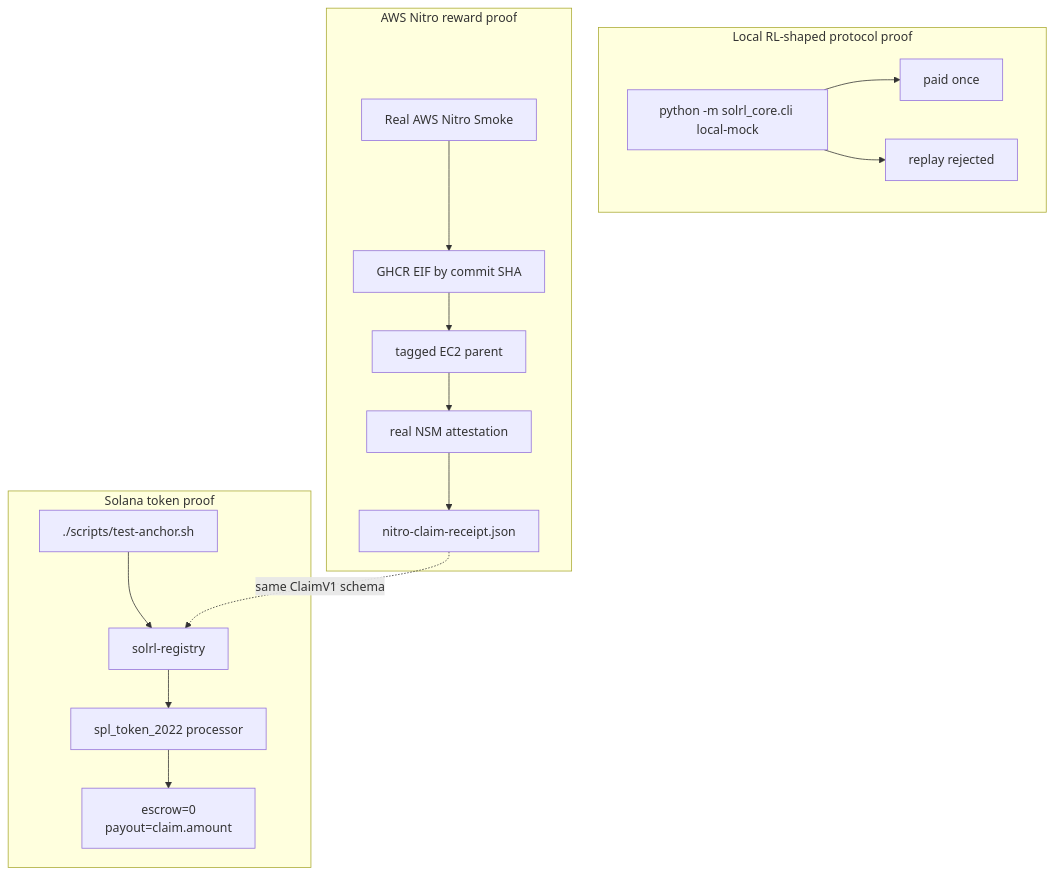
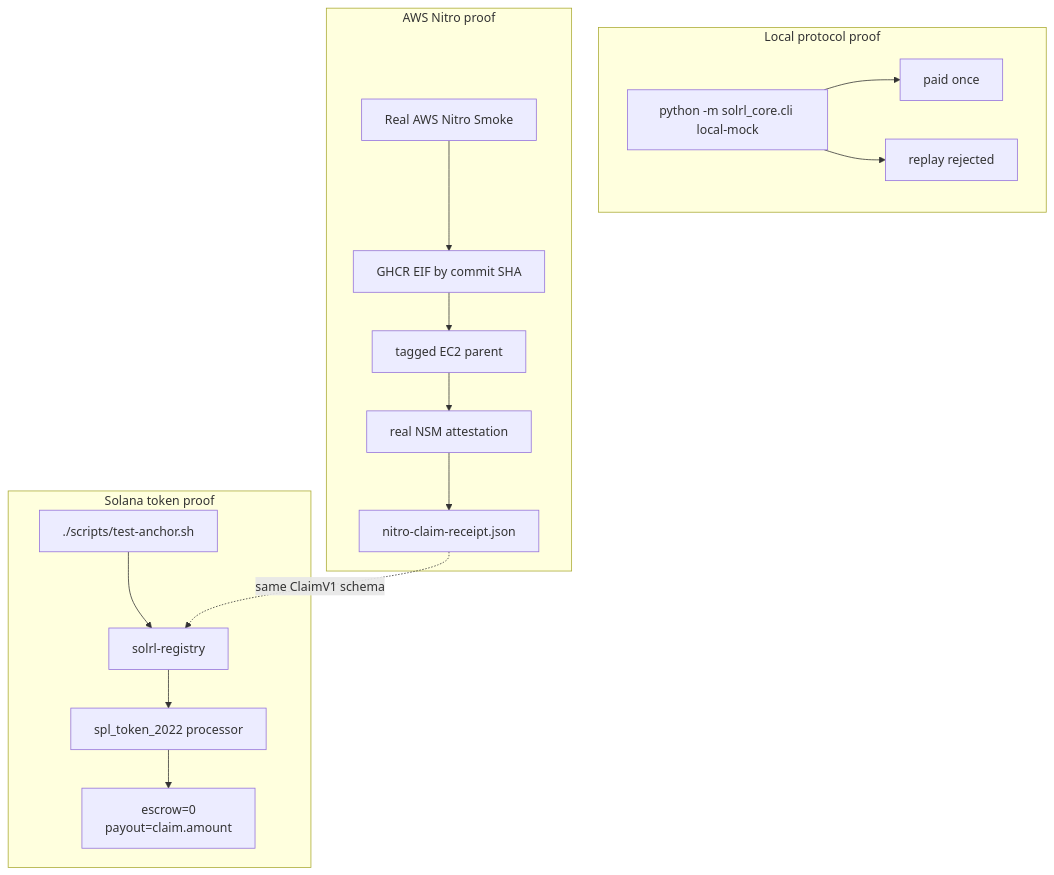
One commit to arakoodev/SolRL changed the tenth of 13 diagrams in why.md. Above: the diagram before and after it, drawn with Mermaid. The commit also changed other lines of this file, not shown here.

````diff
--- a/why.md
+++ b/why.md
@@ -269,34 +299,34 @@
 ```mermaid
 flowchart TB
-    subgraph local["Local RL-shaped protocol proof"]
+    subgraph local["Local protocol proof"]
         LM["python -m solrl_core.cli local-mock"]
         Paid["paid once"]
         Replay["replay rejected"]
         LM --> Paid
         LM --> Replay
     end
 
     subgraph chain["Solana token proof"]
         Test["./scripts/test-anchor.sh"]
         Registry["solrl-registry"]
         SPL["spl_token_2022 processor"]
         Balance["escrow=0<br/>payout=claim.amount"]
         Test --> Registry
         Registry --> SPL
         SPL --> Balance
     end
 
-    subgraph nitro["AWS Nitro reward proof"]
+    subgraph nitro["AWS Nitro proof"]
         GHA["Real AWS Nitro Smoke"]
         EIF["GHCR EIF by commit SHA"]
         EC2["tagged EC2 parent"]
         NSMProof["real NSM attestation"]
         Receipt["nitro-claim-receipt.json"]
         GHA --> EIF
         EIF --> EC2
         EC2 --> NSMProof
         NSMProof --> Receipt
     end
 
     Receipt -. "same ClaimV1 schema" .-> Registry
 ```
````
